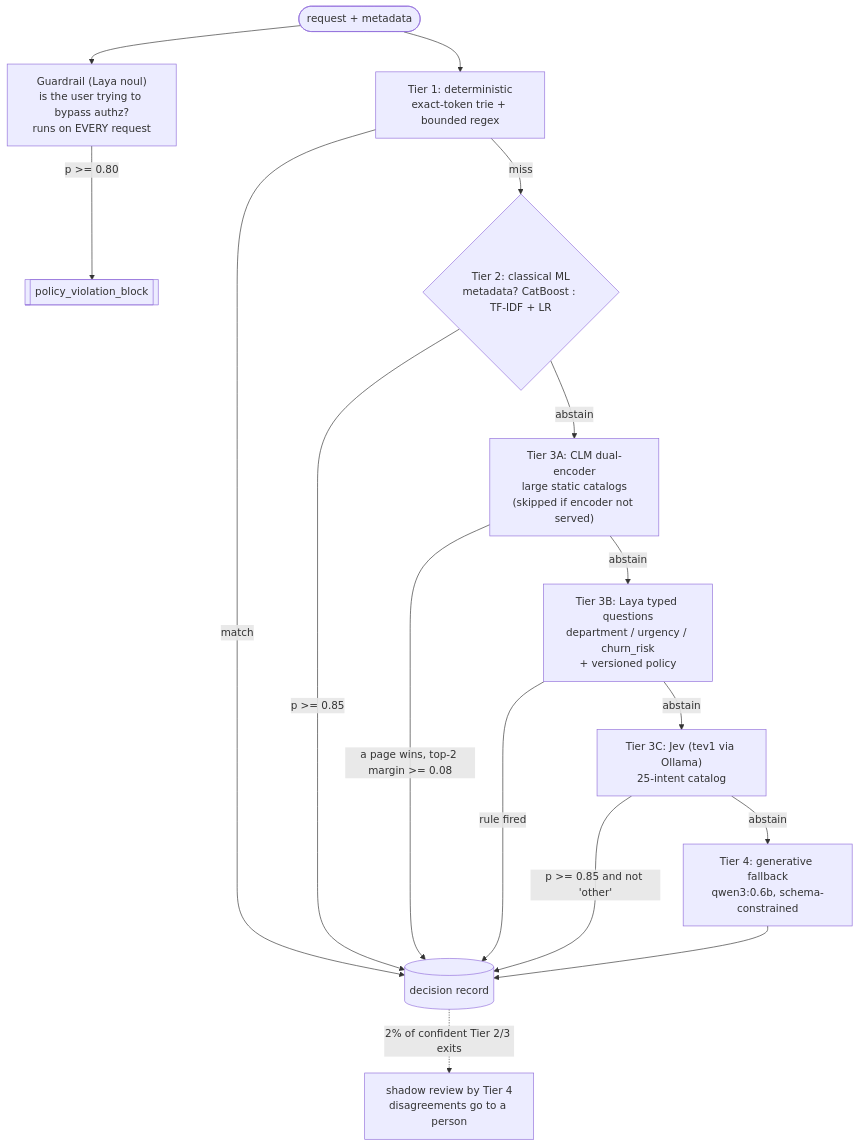
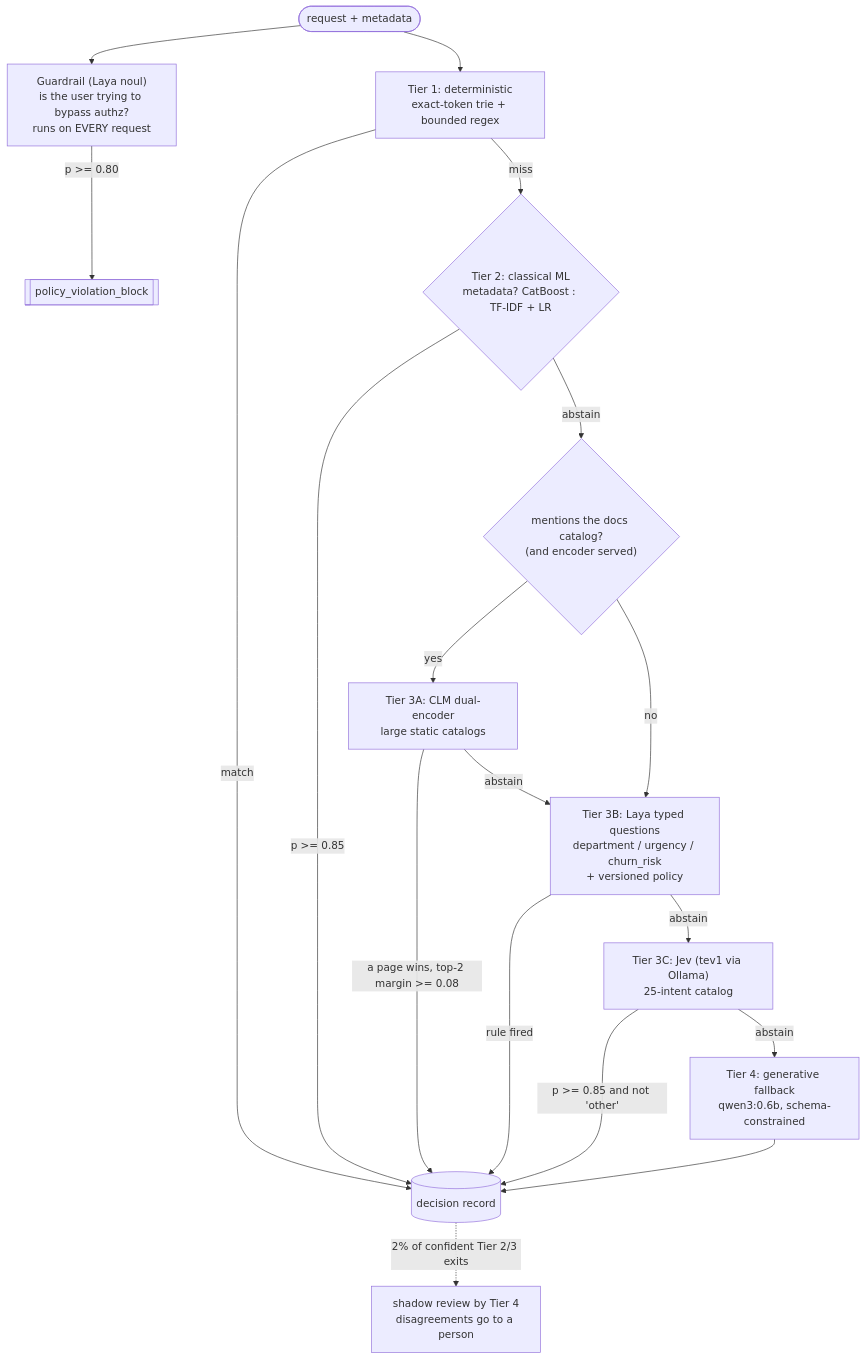
Before and after one commit to indranildchandra/hybrid-intent-router: the diagram in README.md, drawn with Mermaid. The commit also changed other lines of this file and 11 other files, not shown here.

Commit message:
Versioned RULES policy for Tier 3B; every record stores its distributions and rules fired; gate CLM on its catalog (#2)

````diff
--- a/README.md
+++ b/README.md
@@ -110,31 +110,35 @@
 ```mermaid
 flowchart TB
     REQ([request + metadata]) --> G & T1
 
     G["Guardrail (Laya noul)<br/>is the user trying to bypass authz?<br/>runs on EVERY request"]
     G -- "p >= 0.80" --> BLOCK[[policy_violation_block]]
 
     T1["Tier 1: deterministic<br/>exact-token trie + bounded regex"] -- match --> OUT
     T1 -- miss --> T2
 
     T2{"Tier 2: classical ML<br/>metadata? CatBoost : TF-IDF + LR"}
     T2 -- "p >= 0.85" --> OUT
-    T2 -- abstain --> T3A
+    T2 -- abstain --> G3A
 
-    T3A["Tier 3A: CLM dual-encoder<br/>large static catalogs<br/>(skipped if encoder not served)"]
+    G3A{"mentions the docs catalog?<br/>(and encoder served)"}
+    G3A -- yes --> T3A
+    G3A -- no --> T3B
+
+    T3A["Tier 3A: CLM dual-encoder<br/>large static catalogs"]
     T3A -- "a page wins, top-2 margin >= 0.08" --> OUT
     T3A -- abstain --> T3B
 
     T3B["Tier 3B: Laya typed questions<br/>department / urgency / churn_risk<br/>+ versioned policy"]
     T3B -- rule fired --> OUT
     T3B -- abstain --> T3C
 
     T3C["Tier 3C: Jev (tev1 via Ollama)<br/>25-intent catalog"]
     T3C -- "p >= 0.85 and not 'other'" --> OUT
     T3C -- abstain --> T4
 
     T4["Tier 4: generative fallback<br/>qwen3:0.6b, schema-constrained"] --> OUT
 
     OUT[(decision record)]
     OUT -. "2% of confident Tier 2/3 exits" .-> SH["shadow review by Tier 4<br/>disagreements go to a person"]
 ```
````
